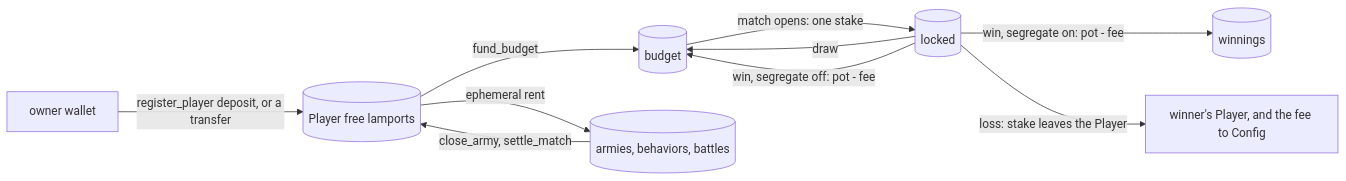
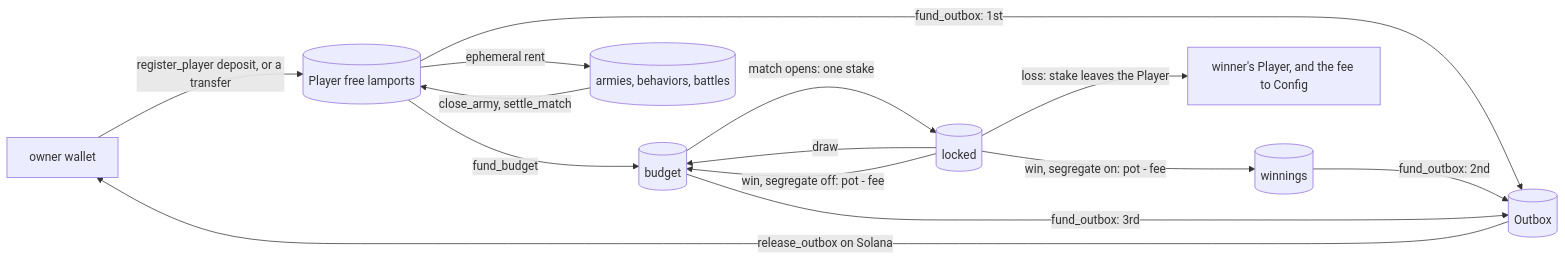
The second of 4 diagrams in docs/src/matchmaking.md (Dodecahedr0x/horizon-zero), drawn with Mermaid before and after one commit. The commit also changed other lines of this file and 5 other files, not shown here.

````diff
--- a/docs/src/matchmaking.md
+++ b/docs/src/matchmaking.md
@@ -49,12 +49,16 @@
 ```mermaid
 flowchart LR
   Wallet["owner wallet"] -->|"register_player deposit, or a transfer"| Free[("Player free lamports")]
   Free -->|fund_budget| Budget[("budget")]
   Free -->|"ephemeral rent"| Rent[("armies, behaviors, battles")]
   Rent -->|"close_army, settle_match"| Free
   Budget -->|"match opens: one stake"| Locked[("locked")]
   Locked -->|"draw"| Budget
   Locked -->|"win, segregate off: pot - fee"| Budget
   Locked -->|"win, segregate on: pot - fee"| Winnings[("winnings")]
   Locked -->|"loss: stake leaves the Player"| Out["winner's Player, and the fee to Config"]
+  Free -->|"fund_outbox: 1st"| Outbox[("Outbox")]
+  Winnings -->|"fund_outbox: 2nd"| Outbox
+  Budget -->|"fund_outbox: 3rd"| Outbox
+  Outbox -->|"release_outbox on Solana"| Wallet
 ```
````
